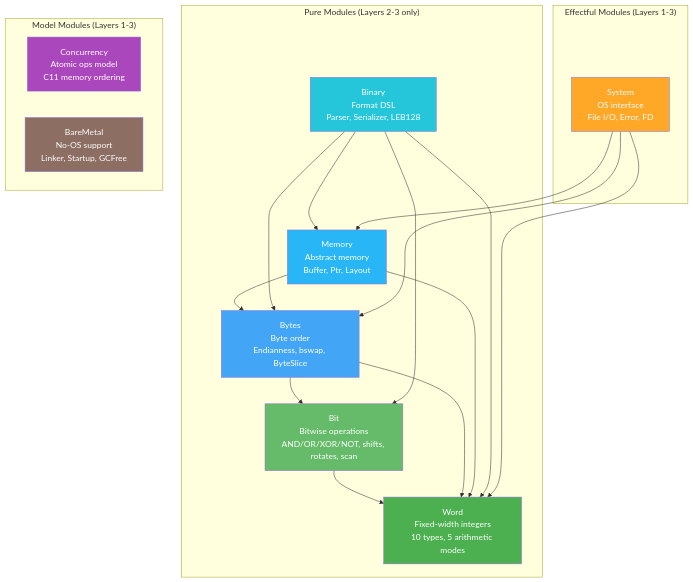
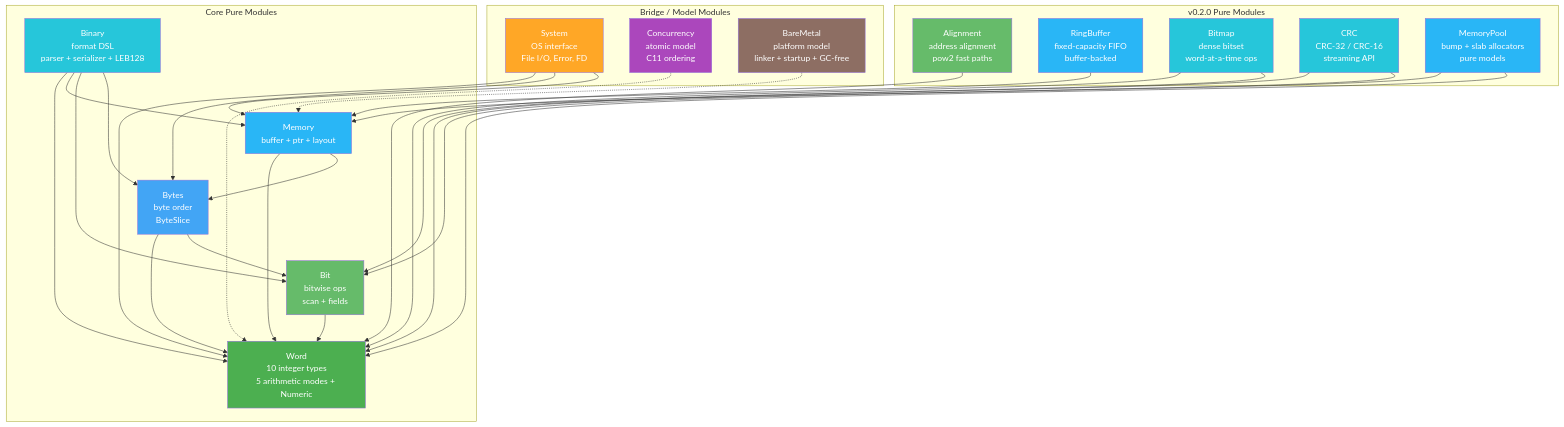
Before and after one commit to Provenance-Works/Radix: the diagram in docs/en/architecture/components.md, drawn with Mermaid. The commit also changed other lines of this file and 22 other files, not shown here.

````diff
--- a/docs/en/architecture/components.md
+++ b/docs/en/architecture/components.md
@@ -11,37 +9,57 @@
 ```mermaid
 graph TD
-    subgraph "Pure Modules (Layers 2-3 only)"
-        Word["Word<br/>Fixed-width integers<br/>10 types, 5 arithmetic modes"]
-        Bit["Bit<br/>Bitwise operations<br/>AND/OR/XOR/NOT, shifts, rotates, scan"]
-        Bytes["Bytes<br/>Byte order<br/>Endianness, bswap, ByteSlice"]
-        Memory["Memory<br/>Abstract memory<br/>Buffer, Ptr, Layout"]
-        Binary["Binary<br/>Format DSL<br/>Parser, Serializer, LEB128"]
+    subgraph "Core Pure Modules"
+        Word["Word<br/>10 integer types<br/>5 arithmetic modes + Numeric"]
+        Bit["Bit<br/>bitwise ops<br/>scan + fields"]
+        Bytes["Bytes<br/>byte order<br/>ByteSlice"]
+        Memory["Memory<br/>buffer + ptr + layout"]
+        Binary["Binary<br/>format DSL<br/>parser + serializer + LEB128"]
     end
-    subgraph "Effectful Modules (Layers 1-3)"
+    subgraph "v0.2.0 Pure Modules"
+        Alignment["Alignment<br/>address alignment<br/>pow2 fast paths"]
+        RingBuffer["RingBuffer<br/>fixed-capacity FIFO<br/>buffer-backed"]
+        Bitmap["Bitmap<br/>dense bitset<br/>word-at-a-time ops"]
+        CRC["CRC<br/>CRC-32 / CRC-16<br/>streaming API"]
+        MemoryPool["MemoryPool<br/>bump + slab allocators<br/>pure models"]
+    end
+    subgraph "Bridge / Model Modules"
         System["System<br/>OS interface<br/>File I/O, Error, FD"]
-    end
-    subgraph "Model Modules (Layers 1-3)"
-        Concurrency["Concurrency<br/>Atomic ops model<br/>C11 memory ordering"]
-        BareMetal["BareMetal<br/>No-OS support<br/>Linker, Startup, GCFree"]
+        Concurrency["Concurrency<br/>atomic model<br/>C11 ordering"]
+        BareMetal["BareMetal<br/>platform model<br/>linker + startup + GC-free"]
     end
     Bit --> Word
     Bytes --> Word
     Bytes --> Bit
     Memory --> Word
     Memory --> Bytes
     Binary --> Word
     Binary --> Memory
     Binary --> Bit
     Binary --> Bytes
+    Alignment --> Word
+    RingBuffer --> Memory
+    Bitmap --> Word
+    Bitmap --> Bit
+    CRC --> Word
+    CRC --> Bit
+    MemoryPool --> Memory
+    MemoryPool --> Word
     System --> Word
     System --> Bytes
     System --> Memory
+    Concurrency -.-> Word
+    BareMetal -.-> Memory
     style Word fill:#4CAF50,color:white
     style Bit fill:#66BB6A,color:white
     style Bytes fill:#42A5F5,color:white
     style Memory fill:#29B6F6,color:white
     style Binary fill:#26C6DA,color:white
+    style Alignment fill:#66BB6A,color:white
+    style RingBuffer fill:#29B6F6,color:white
+    style Bitmap fill:#26C6DA,color:white
+    style CRC fill:#26C6DA,color:white
+    style MemoryPool fill:#29B6F6,color:white
     style System fill:#FFA726,color:white
     style Concurrency fill:#AB47BC,color:white
     style BareMetal fill:#8D6E63,color:white
 ```
````
